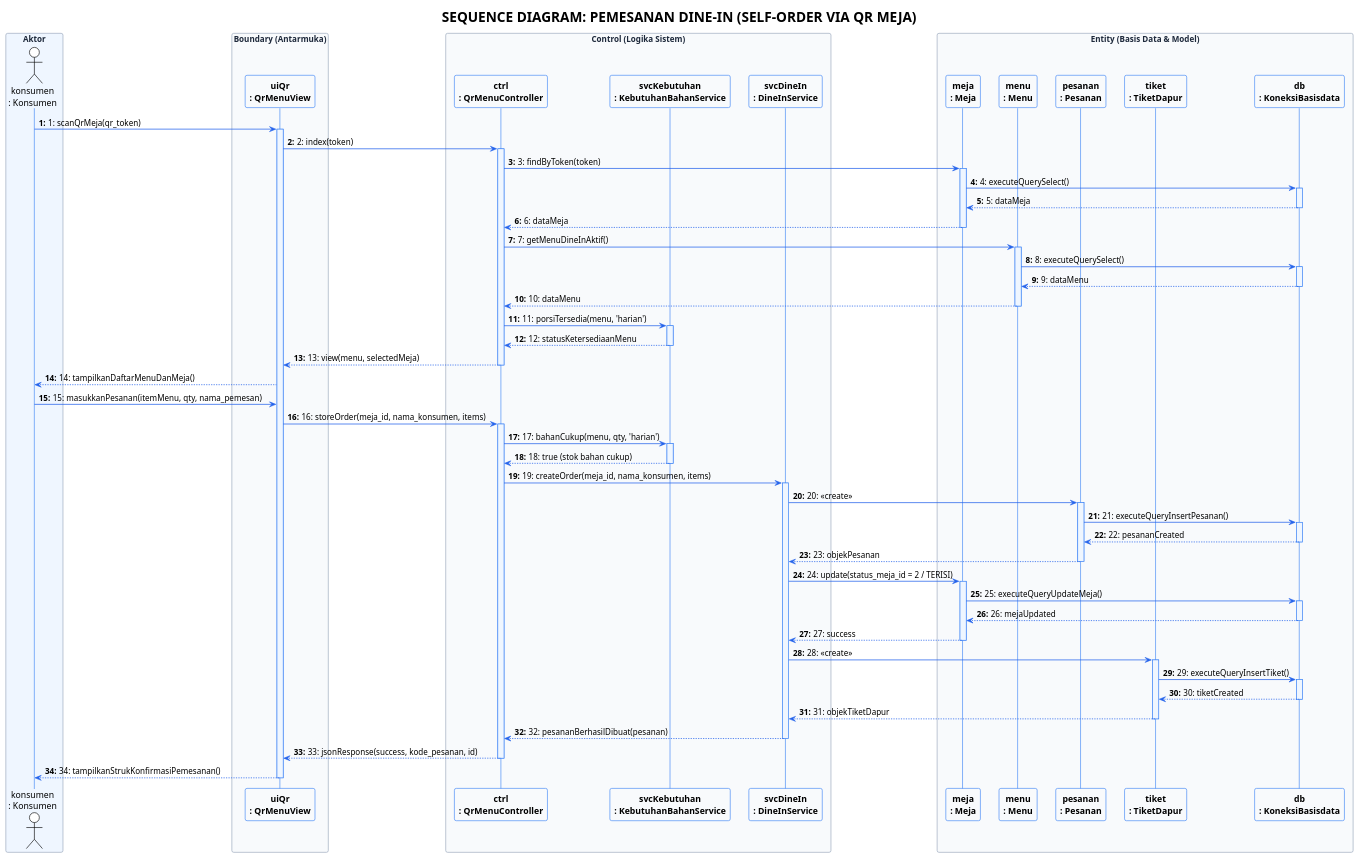
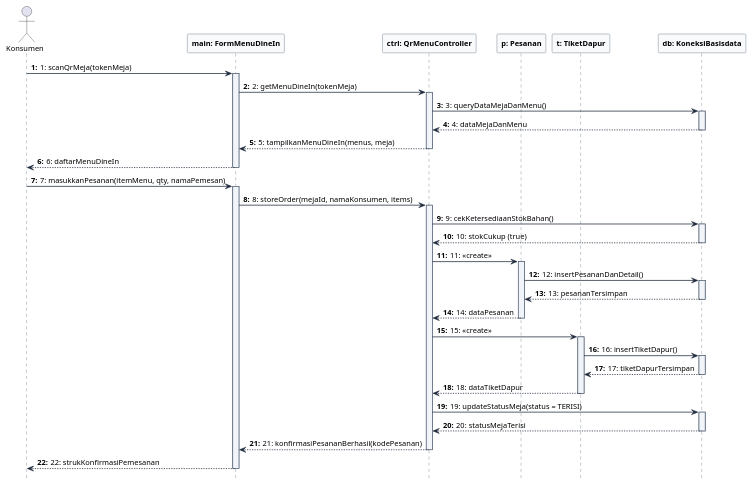
The diagram in docs/sequence_diagram_dinein.puml (shidqie/bbc-resto), drawn with PlantUML before and after one commit. The commit also changed 1 other file, not shown here.

Commit message:
docs: rapikan sequence diagram dine in dan sembunyikan kotak footbox di bagian bawah

```diff
--- a/docs/sequence_diagram_dinein.puml
+++ b/docs/sequence_diagram_dinein.puml
@@ -1,131 +1,84 @@
 @startuml sequence_diagram_pemesanan_dinein
-!theme plain
+hide footbox
 skinparam backgroundColor #FFFFFF
 skinparam shadowing false
-skinparam roundcorner 6
+skinparam roundcorner 4
+skinparam defaultFontName "Helvetica", "Arial", sans-serif
+skinparam defaultFontSize 12
 skinparam sequenceArrowThickness 1.2
-skinparam sequenceArrowColor #2563EB
-skinparam sequenceLifeLineBorderColor #3B82F6
-skinparam sequenceLifeLineBackgroundColor #EFF6FF
-skinparam sequenceParticipantBorderColor #3B82F6
+skinparam sequenceArrowColor #1E293B
+skinparam sequenceLifeLineBorderColor #475569
+skinparam sequenceLifeLineBackgroundColor #F1F5F9
+skinparam sequenceParticipantBorderColor #334155
 skinparam sequenceParticipantBackgroundColor #F8FAFC
 skinparam sequenceParticipantFontStyle bold
-skinparam sequenceBoxBorderColor #94A3B8
-skinparam sequenceBoxBackgroundColor #F1F5F9
-skinparam sequenceBoxFontColor #1E293B
-skinparam sequenceBoxFontStyle bold
 
-' ==============================================================================
-' DIAGRAM 1: PEMESANAN DINE-IN MANDIRI VIA QR CODE MEJA (SELF-ORDER)
-' ==============================================================================
-
-box "Aktor" #EFF6FF
-actor "konsumen\n: Konsumen" as Konsumen
-end box
-
-box "Boundary (Antarmuka)" #F8FAFC
-participant "uiQr\n: QrMenuView" as UI
-end box
-
-box "Control (Logika Sistem)" #F8FAFC
-participant "ctrl\n: QrMenuController" as Controller
-participant "svcKebutuhan\n: KebutuhanBahanService" as SvcKebutuhan
-participant "svcDineIn\n: DineInService" as SvcDineIn
-end box
-
-box "Entity (Basis Data & Model)" #F8FAFC
-participant "meja\n: Meja" as Meja
-participant "menu\n: Menu" as Menu
-participant "pesanan\n: Pesanan" as Pesanan
-participant "tiket\n: TiketDapur" as TiketDapur
-participant "db\n: KoneksiBasisdata" as DB
-end box
+actor "Konsumen" as k
+participant "main: FormMenuDineIn" as main
+participant "ctrl: QrMenuController" as ctrl
+participant "p: Pesanan" as p
+participant "t: TiketDapur" as t
+participant "db: KoneksiBasisdata" as db
 
 autonumber 1 "<b>0:</b>"
 
-title **SEQUENCE DIAGRAM: PEMESANAN DINE-IN (SELF-ORDER VIA QR MEJA)**
+k -> main : 1: scanQrMeja(tokenMeja)
+activate main
 
-Konsumen -> UI : 1: scanQrMeja(qr_token)
-activate UI
+main -> ctrl : 2: getMenuDineIn(tokenMeja)
+activate ctrl
 
-UI -> Controller : 2: index(token)
-activate Controller
+ctrl -> db : 3: queryDataMejaDanMenu()
+activate db
+db --> ctrl : 4: dataMejaDanMenu
+deactivate db
 
-Controller -> Meja : 3: findByToken(token)
-activate Meja
-Meja -> DB : 4: executeQuerySelect()
-activate DB
-DB --> Meja : 5: dataMeja
-deactivate DB
-Meja --> Controller : 6: dataMeja
-deactivate Meja
+ctrl --> main : 5: tampilkanMenuDineIn(menus, meja)
+deactivate ctrl
 
-Controller -> Menu : 7: getMenuDineInAktif()
-activate Menu
-Menu -> DB : 8: executeQuerySelect()
-activate DB
-DB --> Menu : 9: dataMenu
-deactivate DB
-Menu --> Controller : 10: dataMenu
-deactivate Menu
+main --> k : 6: daftarMenuDineIn
+deactivate main
 
-Controller -> SvcKebutuhan : 11: porsiTersedia(menu, 'harian')
-activate SvcKebutuhan
-SvcKebutuhan --> Controller : 12: statusKetersediaanMenu
-deactivate SvcKebutuhan
+k -> main : 7: masukkanPesanan(itemMenu, qty, namaPemesan)
+activate main
 
-Controller --> UI : 13: view(menu, selectedMeja)
-deactivate Controller
+main -> ctrl : 8: storeOrder(mejaId, namaKonsumen, items)
+activate ctrl
 
-UI --> Konsumen : 14: tampilkanDaftarMenuDanMeja()
+ctrl -> db : 9: cekKetersediaanStokBahan()
+activate db
+db --> ctrl : 10: stokCukup (true)
+deactivate db
 
-Konsumen -> UI : 15: masukkanPesanan(itemMenu, qty, nama_pemesan)
+ctrl -> p : 11: <<create>>
+activate p
 
-UI -> Controller : 16: storeOrder(meja_id, nama_konsumen, items)
-activate Controller
+p -> db : 12: insertPesananDanDetail()
+activate db
+db --> p : 13: pesananTersimpan
+deactivate db
+p --> ctrl : 14: dataPesanan
+deactivate p
 
-Controller -> SvcKebutuhan : 17: bahanCukup(menu, qty, 'harian')
-activate SvcKebutuhan
-SvcKebutuhan --> Controller : 18: true (stok bahan cukup)
-deactivate SvcKebutuhan
+ctrl -> t : 15: <<create>>
+activate t
 
-Controller -> SvcDineIn : 19: createOrder(meja_id, nama_konsumen, items)
-activate SvcDineIn
+t -> db : 16: insertTiketDapur()
+activate db
+db --> t : 17: tiketDapurTersimpan
+deactivate db
+t --> ctrl : 18: dataTiketDapur
+deactivate t
 
-SvcDineIn -> Pesanan : 20: <<create>>
-activate Pesanan
-Pesanan -> DB : 21: executeQueryInsertPesanan()
-activate DB
-DB --> Pesanan : 22: pesananCreated
-deactivate DB
-Pesanan --> SvcDineIn : 23: objekPesanan
-deactivate Pesanan
+ctrl -> db : 19: updateStatusMeja(status = TERISI)
+activate db
+db --> ctrl : 20: statusMejaTerisi
+deactivate db
 
-SvcDineIn -> Meja : 24: update(status_meja_id = 2 / TERISI)
-activate Meja
-Meja -> DB : 25: executeQueryUpdateMeja()
-activate DB
-DB --> Meja : 26: mejaUpdated
-deactivate DB
-Meja --> SvcDineIn : 27: success
-deactivate Meja
+ctrl --> main : 21: konfirmasiPesananBerhasil(kodePesanan)
+deactivate ctrl
 
-SvcDineIn -> TiketDapur : 28: <<create>>
-activate TiketDapur
-TiketDapur -> DB : 29: executeQueryInsertTiket()
-activate DB
-DB --> TiketDapur : 30: tiketCreated
-deactivate DB
-TiketDapur --> SvcDineIn : 31: objekTiketDapur
-deactivate TiketDapur
-
-SvcDineIn --> Controller : 32: pesananBerhasilDibuat(pesanan)
-deactivate SvcDineIn
-
-Controller --> UI : 33: jsonResponse(success, kode_pesanan, id)
-deactivate Controller
-
-UI --> Konsumen : 34: tampilkanStrukKonfirmasiPemesanan()
-deactivate UI
+main --> k : 22: strukKonfirmasiPemesanan
+deactivate main
 
 @enduml
```
